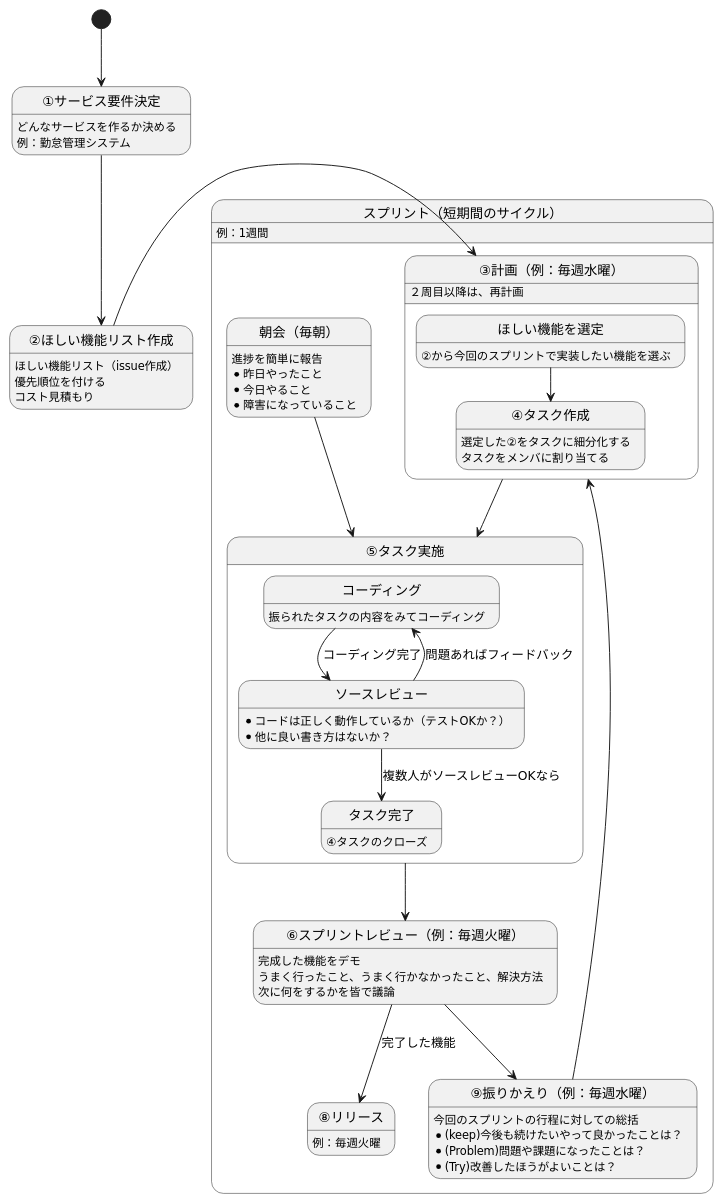
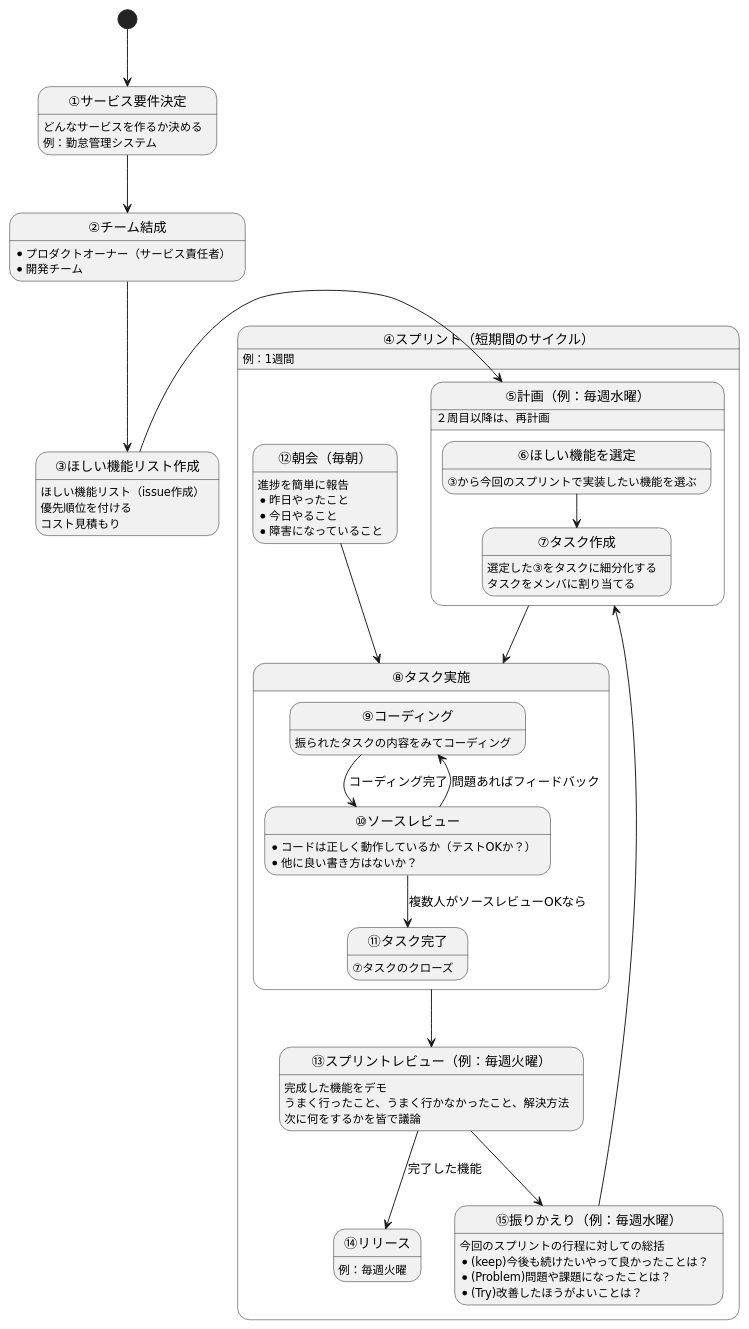
One commit to albyte/Hands-on-2019-03-10 changed the diagram in docs/dev_flow.puml. Above: the diagram before and after it, drawn with PlantUML. The commit also changed 1 other file, not shown here.

```diff
--- a/docs/dev_flow.puml
+++ b/docs/dev_flow.puml
@@ -1,75 +1,80 @@
 @startuml
 hide empty description
 
-[*] --> story
-state "①サービス要件決定" as story
-story: どんなサービスを作るか決める
-story: 例：勤怠管理システム
+[*] --> service
+state "①サービス要件決定" as service
+service: どんなサービスを作るか決める
+service: 例：勤怠管理システム
 
-story --> pb
-state "②ほしい機能リスト作成" as pb
+service --> team
+state "②チーム結成" as team
+team: *プロダクトオーナー（サービス責任者）
+team: *開発チーム
+
+team --> pb
+state "③ほしい機能リスト作成" as pb
 pb: ほしい機能リスト（issue作成）
 pb: 優先順位を付ける
 pb: コスト見積もり
 
-state "スプリント（短期間のサイクル）" as sprint {
+state "④スプリント（短期間のサイクル）" as sprint {
 
     pb -right-> plan
-    state "③計画（例：毎週水曜）" as plan {
-        state "ほしい機能を選定" as select
-        select: ②から今回のスプリントで実装したい機能を選ぶ
+    state "⑤計画（例：毎週水曜）" as plan {
+        state "⑥ほしい機能を選定" as select
+        select: ③から今回のスプリントで実装したい機能を選ぶ
 
         select --> task
-        state "④タスク作成" as task
-        task: 選定した②をタスクに細分化する
+        state "⑦タスク作成" as task
+        task: 選定した③をタスクに細分化する
         task: タスクをメンバに割り当てる
 
     }
     plan: ２周目以降は、再計画
 
     plan --> do
-    state "⑤タスク実施" as do {
+    state "⑧タスク実施" as do {
 
-        state "コーディング" as code
+        state "⑨コーディング" as code
         code: 振られたタスクの内容をみてコーディング
 
         code --> rv: コーディング完了
-        state "ソースレビュー" as rv
+        state "⑩ソースレビュー" as rv
         rv: * コードは正しく動作しているか（テストOKか？）
         rv: * 他に良い書き方はないか？
 
         rv --> code: 問題あればフィードバック
 
         rv --> close: 複数人がソースレビューOKなら
-        state "タスク完了" as close
-        close: ④タスクのクローズ
+        state "⑪タスク完了" as close
+        close: ⑦タスクのクローズ
 
     }
     daily --> do
-    state "朝会（毎朝）" as daily
+    state "⑫朝会（毎朝）" as daily
     daily: 進捗を簡単に報告
     daily: * 昨日やったこと
     daily: * 今日やること
     daily: * 障害になっていること
 
     do -down-> check
-    state "⑥スプリントレビュー（例：毎週火曜）" as check
+    state "⑬スプリントレビュー（例：毎週火曜）" as check
     check: 完成した機能をデモ
     check: うまく行ったこと、うまく行かなかったこと、解決方法
     check: 次に何をするかを皆で議論
 
     check --> release: 完了した機能
-    state "⑧リリース" as release
+    state "⑭リリース" as release
     release: 例：毎週火曜
 
     check --> action
-    state "⑨振りかえり（例：毎週水曜）" as action
+    state "⑮振りかえり（例：毎週水曜）" as action
     action: 今回のスプリントの行程に対しての総括
     action: * (keep)今後も続けたいやって良かったことは？
     action: * (Problem)問題や課題になったことは？
     action: * (Try)改善したほうがよいことは？
     action --> plan
 
 }
 sprint: 例：1週間
 @enduml
```
